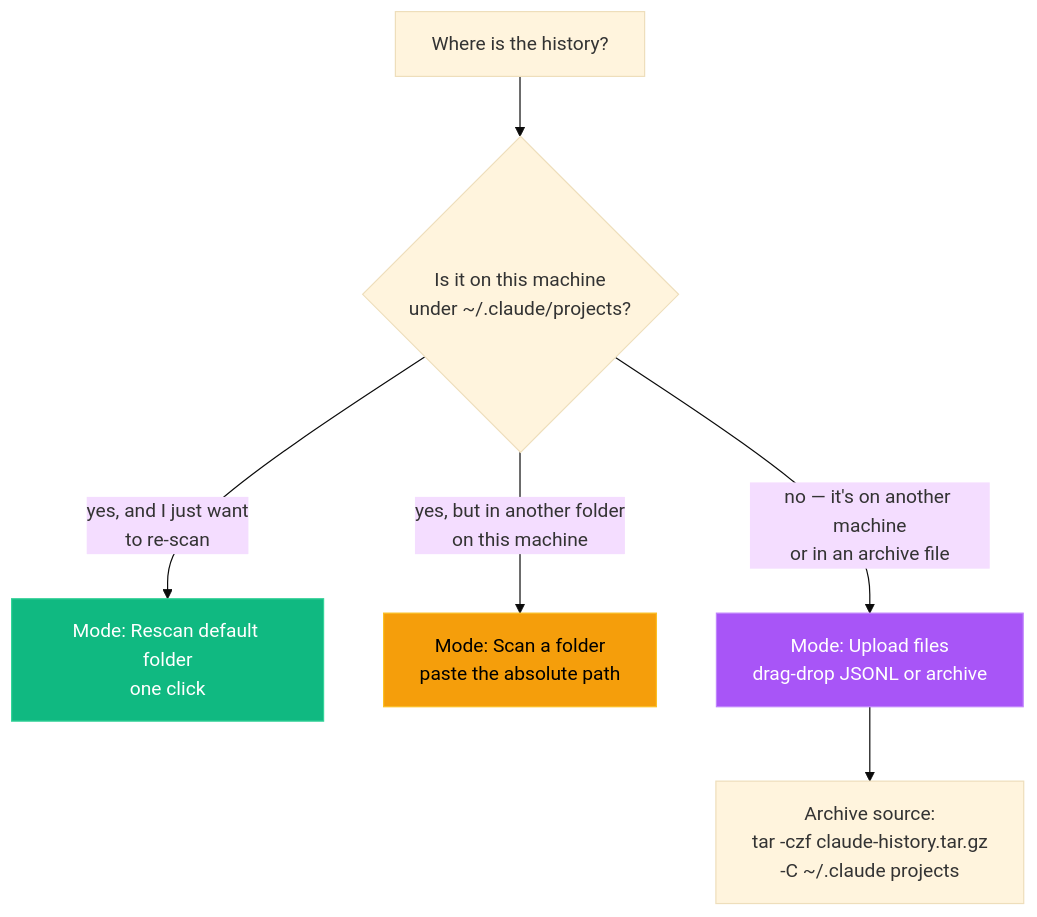
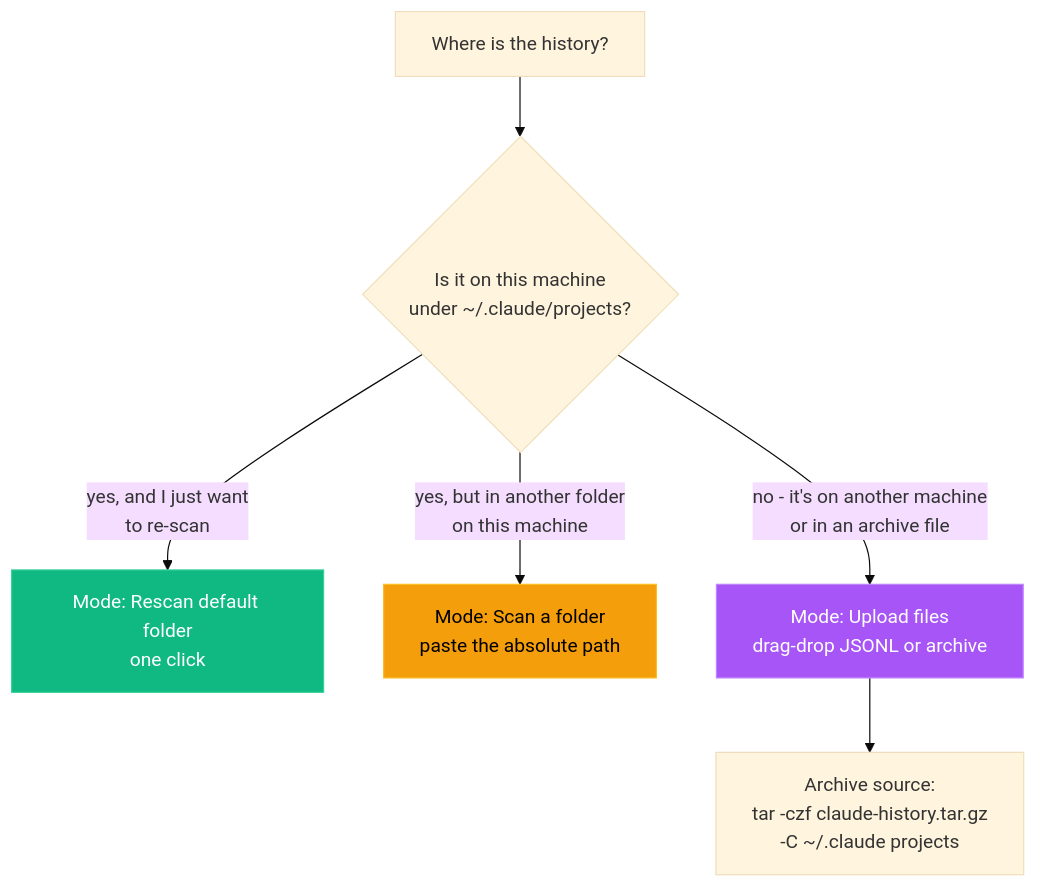
The second of 2 diagrams in SETUP.md (MrZarrar/Jarvis-Sub-Agent-Dashboard), drawn with Mermaid (base theme) before and after one commit. The commit also changed other lines of this file and 382 other files, not shown here.

````diff
--- a/SETUP.md
+++ b/SETUP.md
@@ -538,13 +567,13 @@
 ```mermaid
 flowchart TD
     Q["Where is the history?"] --> Q1{Is it on this machine<br/>under ~/.claude/projects?}
     Q1 -->|yes, and I just want<br/>to re-scan| M1["Mode: Rescan default folder<br/>one click"]
     Q1 -->|yes, but in another folder<br/>on this machine| M2["Mode: Scan a folder<br/>paste the absolute path"]
-    Q1 -->|no — it's on another machine<br/>or in an archive file| M3["Mode: Upload files<br/>drag-drop JSONL or archive"]
+    Q1 -->|no - it's on another machine<br/>or in an archive file| M3["Mode: Upload files<br/>drag-drop JSONL or archive"]
 
     M3 --> PREP["Archive source:<br/>tar -czf claude-history.tar.gz<br/>-C ~/.claude projects"]
 
     style M1 fill:#10b981,stroke:#34d399,color:#fff
     style M2 fill:#f59e0b,stroke:#fbbf24,color:#000
     style M3 fill:#a855f7,stroke:#c084fc,color:#fff
 ```
````
